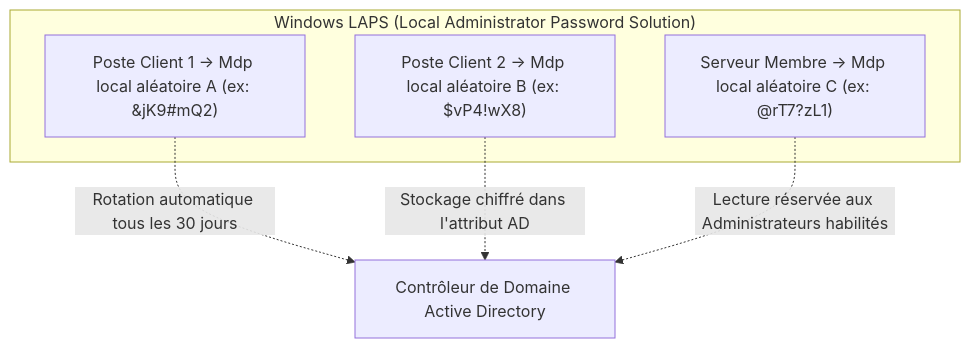
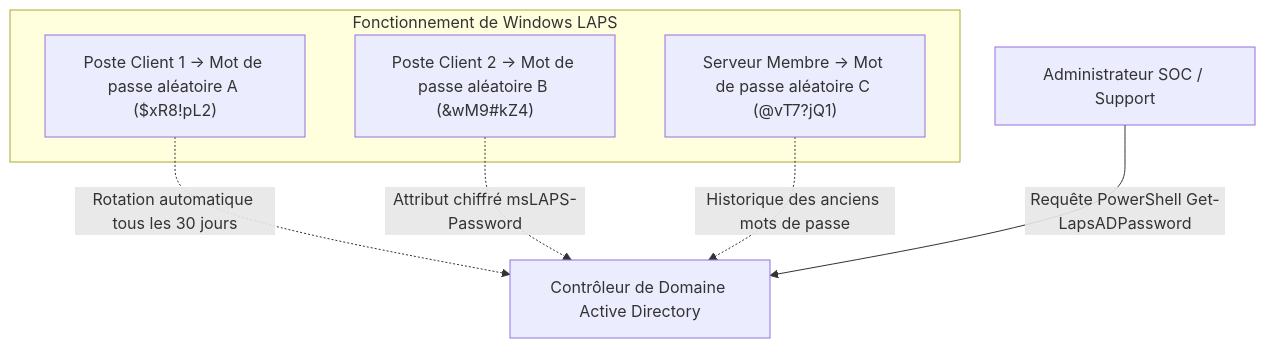
The diagram in content/tracks/annee-2/modules/securite-systemes-durcissement/lessons/03-durcissement-windows-server-gpo-laps.md (Klemz-696/opensio), drawn with Mermaid before and after one commit. The commit also changed other lines of this file and 10 other files, not shown here.

````diff
--- a/content/tracks/annee-2/modules/securite-systemes-durcissement/lessons/03-durcissement-windows-server-gpo-laps.md
+++ b/content/tracks/annee-2/modules/securite-systemes-durcissement/lessons/03-durcissement-windows-server-gpo-laps.md
@@ -66,12 +79,13 @@
 ```mermaid
 graph TD
     DC[Contrôleur de Domaine Active Directory]
-    subgraph LAPS ["Windows LAPS (Local Administrator Password Solution)"]
-        PC1["Poste Client 1 -> Mdp local aléatoire A (ex: &jK9#mQ2)"]
-        PC2["Poste Client 2 -> Mdp local aléatoire B (ex: $vP4!wX8)"]
-        PC3["Serveur Membre -> Mdp local aléatoire C (ex: @rT7?zL1)"]
+    subgraph LAPS_ECOSYSTEM ["Fonctionnement de Windows LAPS"]
+        PC1["Poste Client 1 -> Mot de passe aléatoire A ($xR8!pL2)"]
+        PC2["Poste Client 2 -> Mot de passe aléatoire B (&wM9#kZ4)"]
+        SRV["Serveur Membre -> Mot de passe aléatoire C (@vT7?jQ1)"]
     end
     PC1 -.->|Rotation automatique tous les 30 jours| DC
-    PC2 -.->|Stockage chiffré dans l'attribut AD| DC
-    PC3 -.->|Lecture réservée aux Administrateurs habilités| DC
+    PC2 -.->|Attribut chiffré msLAPS-Password| DC
+    SRV -.->|Historique des anciens mots de passe| DC
+    ADMIN[Administrateur SOC / Support] -->|Requête PowerShell Get-LapsADPassword| DC
 ```
````
